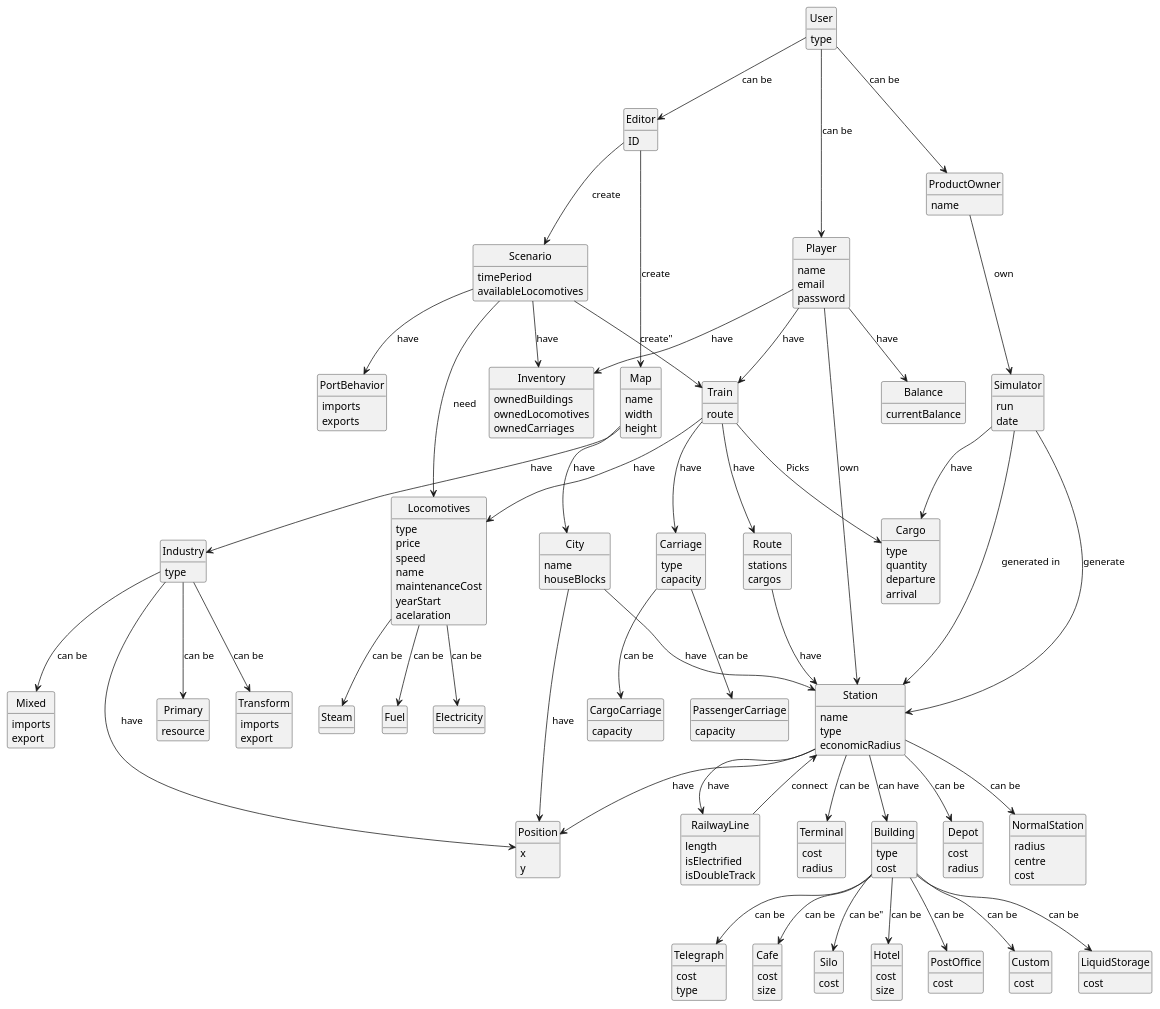
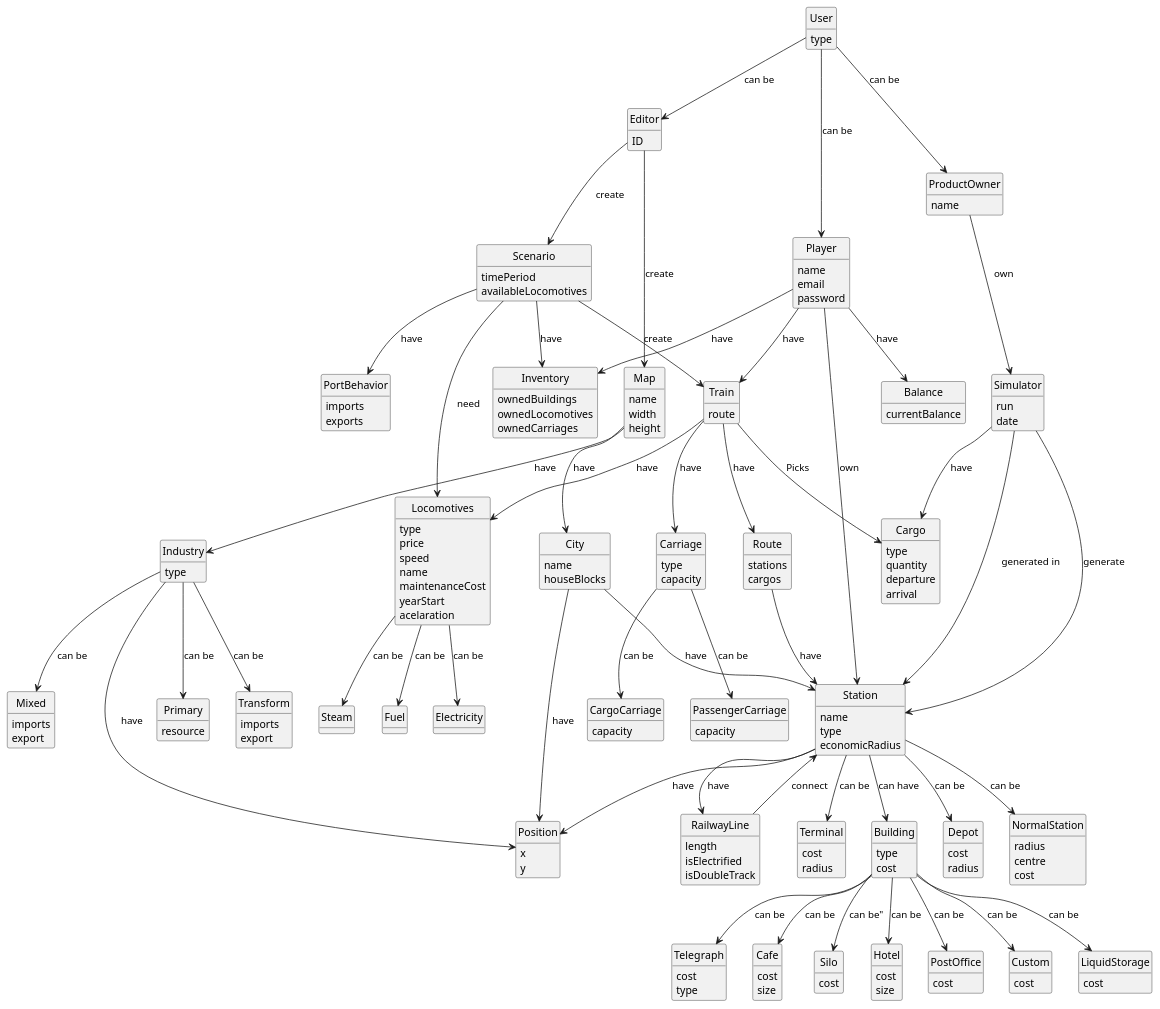
The diagram in Sprint2/global-artifacts/02.analisys/uml/Domainmodel.puml (Andremonteiro1240850/railway_simulator), drawn with PlantUML before and after one commit.

Commit message:
Some alterations on Sprint1 errors

```diff
--- a/Sprint2/global-artifacts/02.analisys/uml/Domainmodel.puml
+++ b/Sprint2/global-artifacts/02.analisys/uml/Domainmodel.puml
@@ -236,7 +236,7 @@
     Industry --> Transform: "can be"
     Building --> Silo: "can be""
     City --> Station: "have"
-    Scenario --> Train: "create""
+    Scenario --> Train: "create"
     Scenario --> Inventory: "have"
     Scenario --> Locomotives: "need"
     Station --> Position: "have"
```
